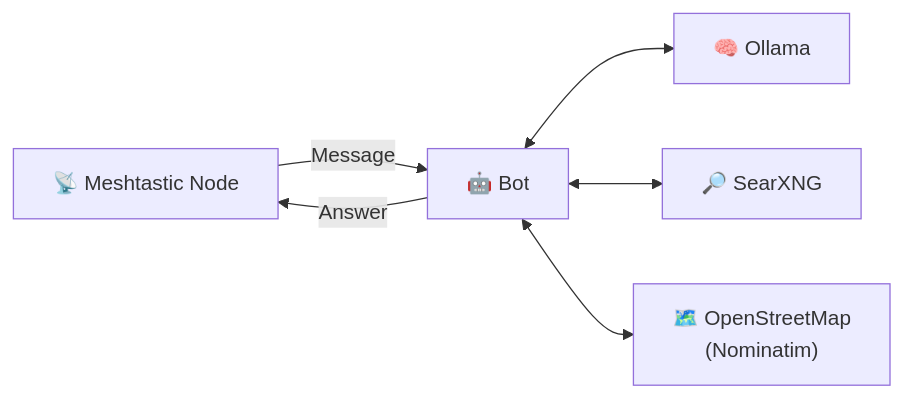
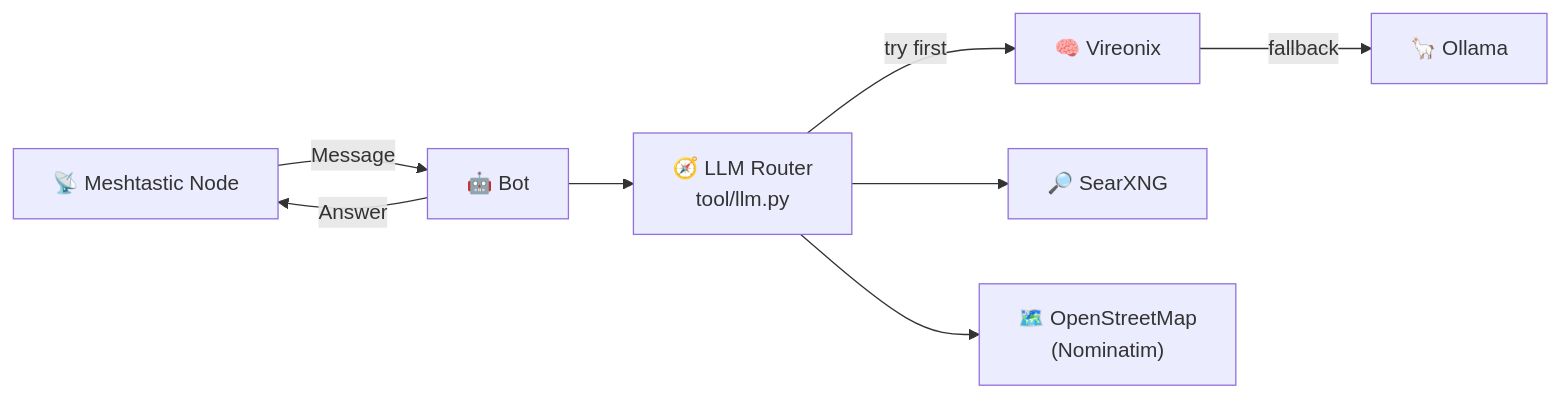
Before and after one commit to YR72dpi/meshtastic_search_bot: the first of 4 diagrams in README.md, drawn with Mermaid. The commit also changed other lines of this file and 6 other files, not shown here.

Commit message:
✨ feat: implement LLM router with Vireonix and Ollama fallback

````diff
--- a/README.md
+++ b/README.md
@@ -137,14 +139,18 @@
 ```mermaid
 flowchart LR
     M["📡 Meshtastic Node"]
     B["🤖 Bot"]
-    V["🧠 Ollama"]
+    R["🧭 LLM Router<br/>tool/llm.py"]
+    V["🧠 Vireonix"]
+    O["🦙 Ollama"]
     S["🔎 SearXNG"]
-    O["🗺️ OpenStreetMap<br/>(Nominatim)"]
+    P["🗺️ OpenStreetMap<br/>(Nominatim)"]
 
     M -->|"Message"| B
-    B <--> V
-    B <--> S
-    B <--> O
+    B --> R
+    R -->|"try first"| V
+    V -->|"fallback"| O
+    R --> S
+    R --> P
     B -->|"Answer"| M
 ```
````
